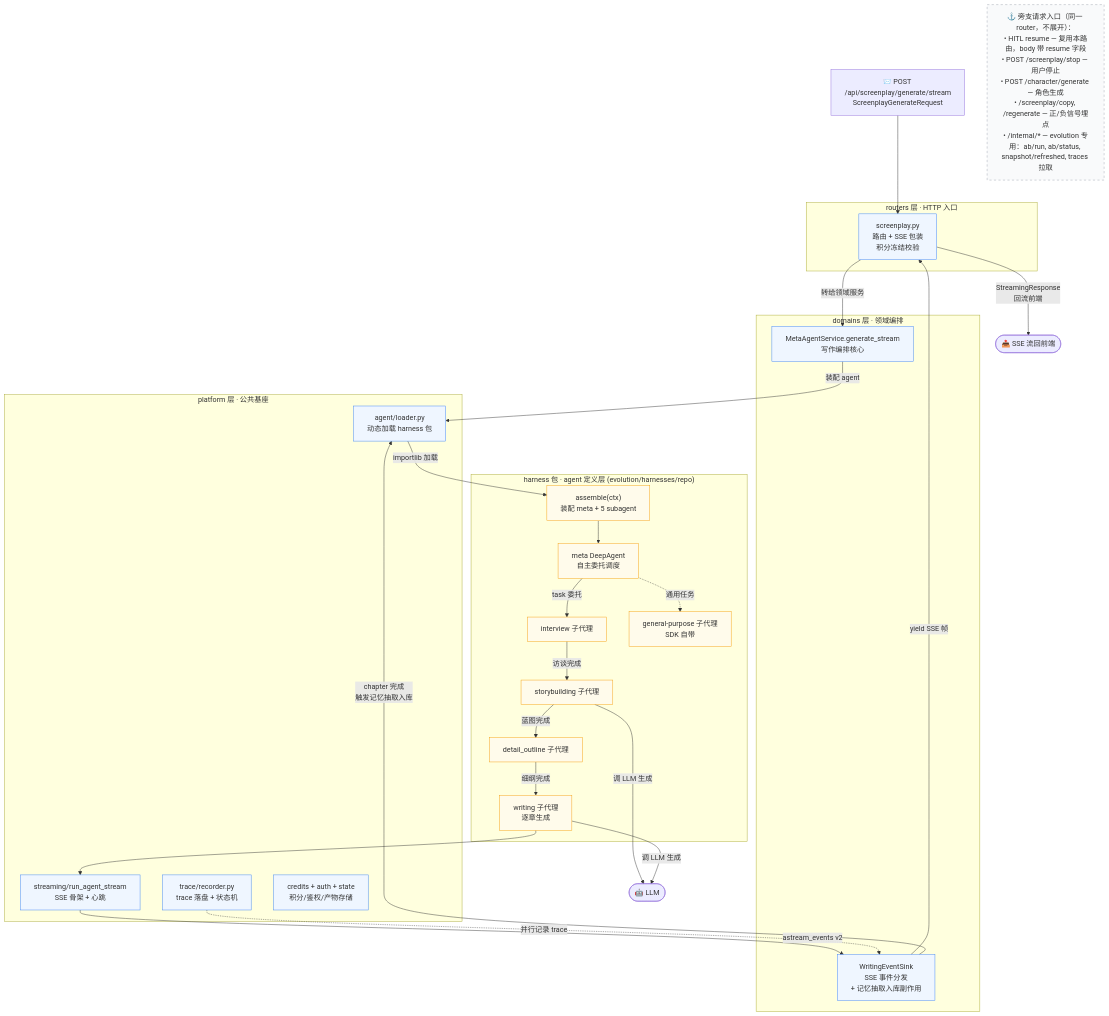
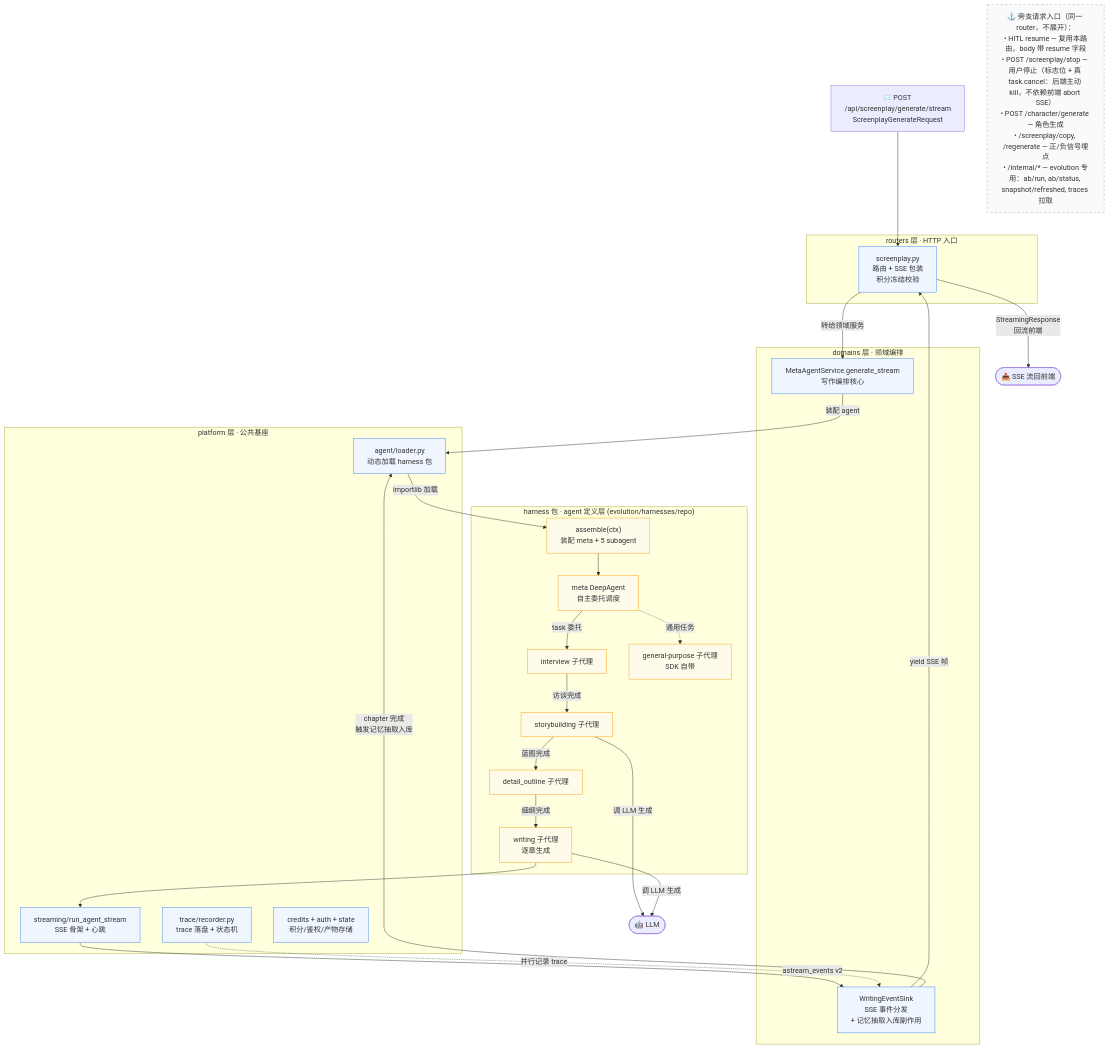
The second of 8 diagrams in docs/系统心智模型.md (gaoshoupaper-code/EvoWriter), drawn with Mermaid before and after one commit. The commit also changed 13 other files, not shown here.

````diff
--- a/docs/系统心智模型.md
+++ b/docs/系统心智模型.md
@@ -126,65 +126,65 @@
 ```mermaid
 flowchart TD
     Req["📨 POST /api/screenplay/generate/stream<br/>ScreenplayGenerateRequest"]
 
     subgraph L_Routers["routers 层 · HTTP 入口"]
         R1["screenplay.py<br/>路由 + SSE 包装<br/>积分冻结校验"]
     end
 
     subgraph L_Domains["domains 层 · 领域编排"]
         D1["MetaAgentService.generate_stream<br/>写作编排核心"]
         D2["WritingEventSink<br/>SSE 事件分发<br/>+ 记忆抽取入库副作用"]
     end
 
     subgraph L_Platform["platform 层 · 公共基座"]
         P1["agent/loader.py<br/>动态加载 harness 包"]
         P2["streaming/run_agent_stream<br/>SSE 骨架 + 心跳"]
         P3["trace/recorder.py<br/>trace 落盘 + 状态机"]
         P4["credits + auth + state<br/>积分/鉴权/产物存储"]
     end
 
     subgraph L_Harness["harness 包 · agent 定义层 (evolution/harnesses/repo)"]
         H1["assemble(ctx)<br/>装配 meta + 5 subagent"]
         Meta["meta DeepAgent<br/>自主委托调度"]
         Sub1["interview 子代理"]
         Sub2["storybuilding 子代理"]
         Sub3["detail_outline 子代理"]
         Sub4["writing 子代理<br/>逐章生成"]
         Sub5["general-purpose 子代理<br/>SDK 自带"]
     end
 
     LLM(["🤖 LLM"])
 
     %% 主线
     Req --> R1
     R1 -->|"转给领域服务"| D1
     D1 -->|"装配 agent"| P1
     P1 -->|"importlib 加载"| H1
     H1 --> Meta
     Meta -->|"task 委托"| Sub1
     Sub1 -->|"访谈完成"| Sub2
     Sub2 -->|"蓝图完成"| Sub3
     Sub3 -->|"细纲完成"| Sub4
     Meta -.->|"通用任务"| Sub5
     Sub4 --> P2
     Sub2 & Sub4 -->|"调 LLM 生成"| LLM
 
     %% 回流
     P2 -->|"astream_events v2"| D2
     D2 -->|"yield SSE 帧"| R1
     P3 -.->|"并行记录 trace"| D2
     D2 -->|"chapter 完成<br/>触发记忆抽取入库"| P1
 
     R1 -->|"StreamingResponse<br/>回流前端"| Out(["📤 SSE 流回前端"])
 
     %% 旁支锚点
-    Anchor["⚓ 旁支请求入口（同一 router，不展开）：<br/>• HITL resume — 复用本路由，body 带 resume 字段<br/>• POST /screenplay/stop — 用户停止<br/>• POST /character/generate — 角色生成<br/>• /screenplay/copy, /regenerate — 正/负信号埋点<br/>• /internal/* — evolution 专用：ab/run, ab/status, snapshot/refreshed, traces 拉取"]
+    Anchor["⚓ 旁支请求入口（同一 router，不展开）：<br/>• HITL resume — 复用本路由，body 带 resume 字段<br/>• POST /screenplay/stop — 用户停止（标志位 + 真 task.cancel：后端主动 kill，不依赖前端 abort SSE）<br/>• POST /character/generate — 角色生成<br/>• /screenplay/copy, /regenerate — 正/负信号埋点<br/>• /internal/* — evolution 专用：ab/run, ab/status, snapshot/refreshed, traces 拉取"]
 
     classDef layer fill:#eff6ff,stroke:#3b82f6
     classDef harness fill:#fffbeb,stroke:#f59e0b
     classDef anchor fill:#f9fafb,stroke:#9ca3af,stroke-dasharray: 5 5
 
     class R1,D1,D2,P1,P2,P3,P4 layer
     class H1,Meta,Sub1,Sub2,Sub3,Sub4,Sub5 harness
     class Anchor anchor
 ```
````
